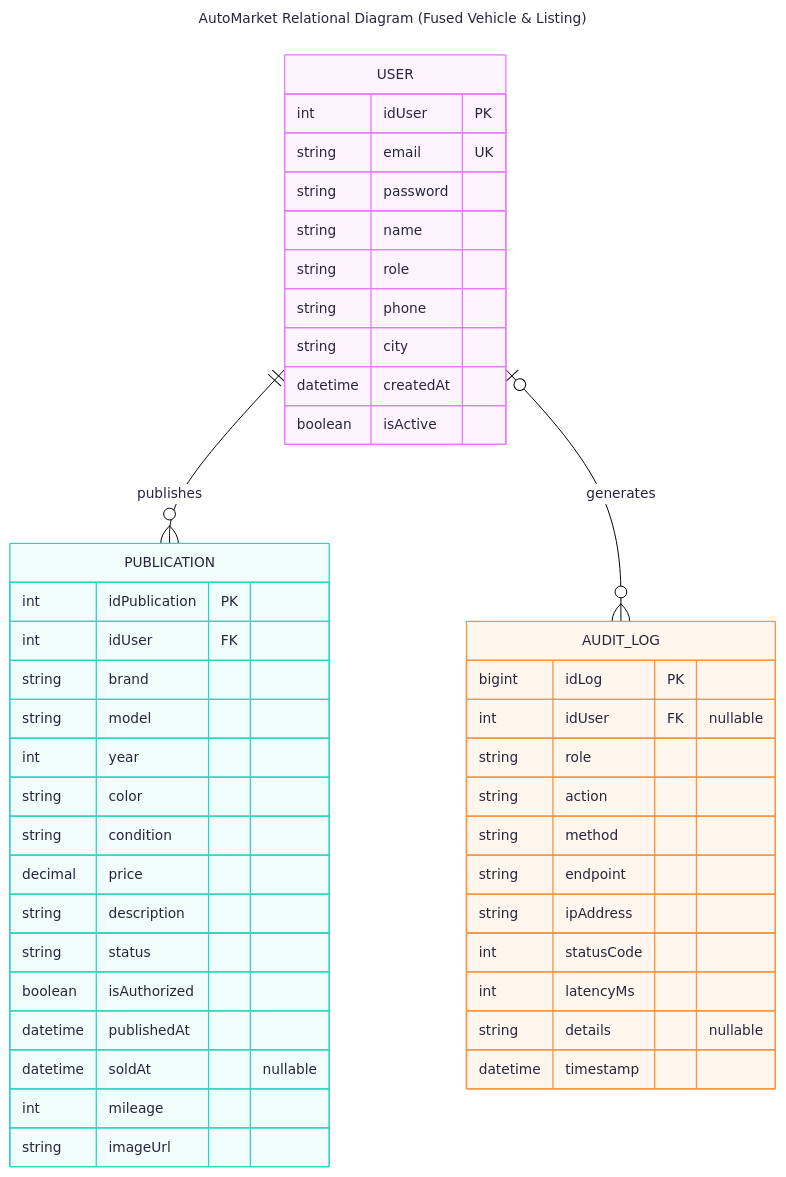
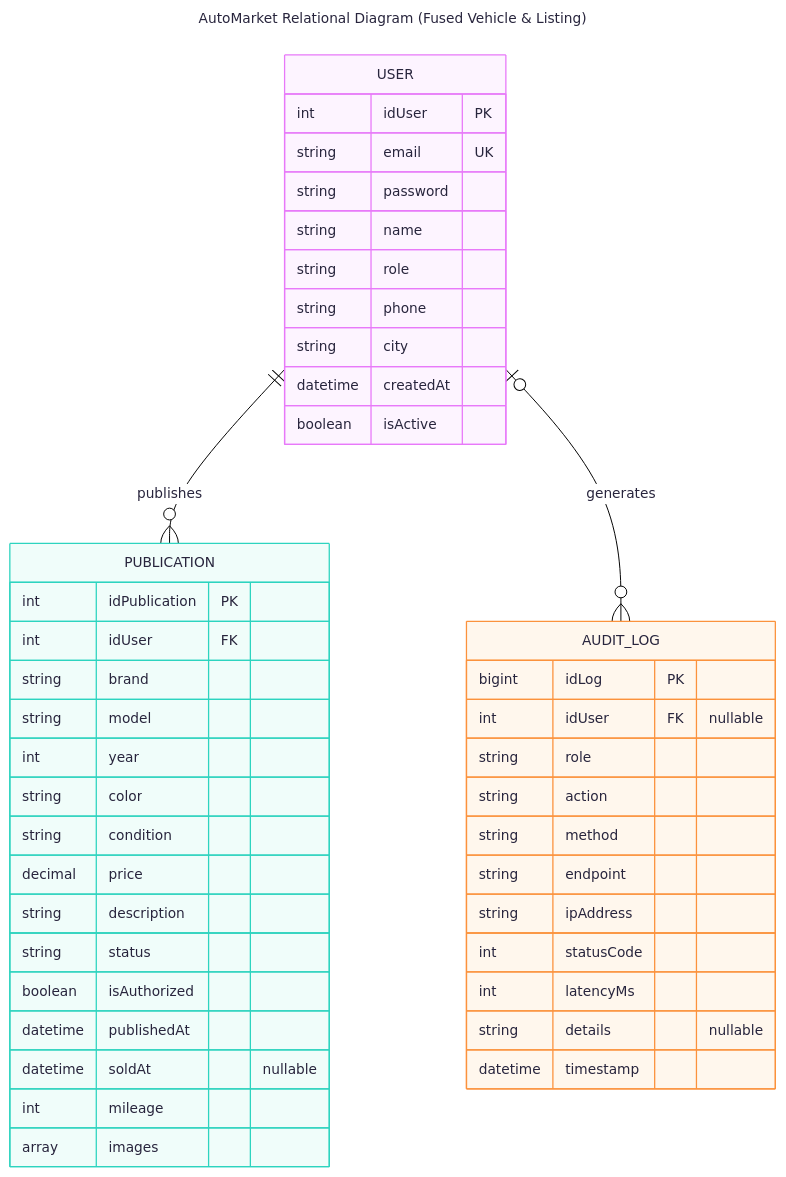
Before and after one commit to Ckancord33/autoMarket_AAA_workshop: the diagram in README.md, drawn with Mermaid. The commit also changed other lines of this file and 17 other files, not shown here.

````diff
--- a/README.md
+++ b/README.md
@@ -21,57 +21,57 @@
 ```mermaid
 ---
 config:
   theme: redux-color
   look: classic
 title: AutoMarket Relational Diagram (Fused Vehicle & Listing)
 ---
 erDiagram
     direction TB
 
     USER {
         int idUser PK
         string email UK
         string password
         string name
         string role
         string phone
         string city
         datetime createdAt
         boolean isActive
     }
 
     PUBLICATION {
         int idPublication PK
         int idUser FK
         string brand
         string model
         int year
         string color
         string condition
         decimal price
         string description
         string status
         boolean isAuthorized
         datetime publishedAt 
         datetime soldAt "nullable"
         int mileage
-        string imageUrl
+        array images
     }
 
     AUDIT_LOG {
         bigint idLog PK
         int idUser FK "nullable"
         string role
         string action
         string method
         string endpoint
         string ipAddress
         int statusCode
         int latencyMs
         string details "nullable"
         datetime timestamp
     }
 
     USER ||--o{ PUBLICATION : "publishes"
     USER |o--o{ AUDIT_LOG : "generates"
 ```
````
